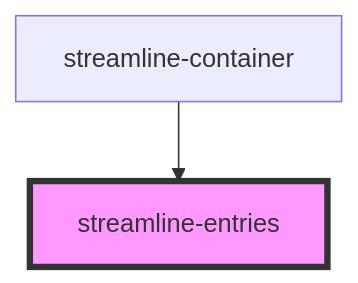
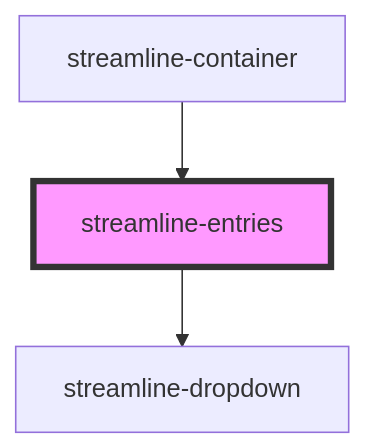
One commit to dnnsjsk/streamline changed the diagram in stencil/src/components/streamline-entries/readme.md. Above: the diagram before and after it, drawn with Mermaid. The commit also changed other lines of this file and 36 other files, not shown here.

````diff
--- a/stencil/src/components/streamline-entries/readme.md
+++ b/stencil/src/components/streamline-entries/readme.md
@@ -13,5 +17,6 @@
 ```mermaid
 graph TD;
+  streamline-entries --> streamline-dropdown
   streamline-container --> streamline-entries
   style streamline-entries fill:#f9f,stroke:#333,stroke-width:4px
 ```
````
